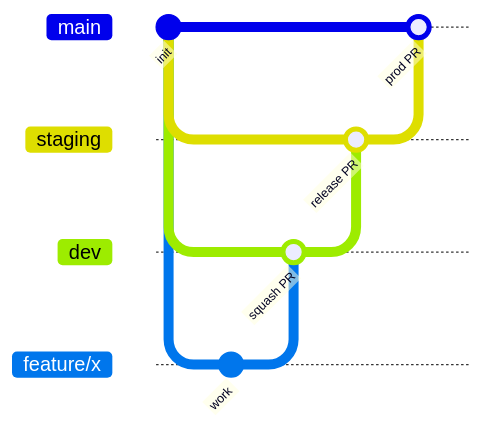
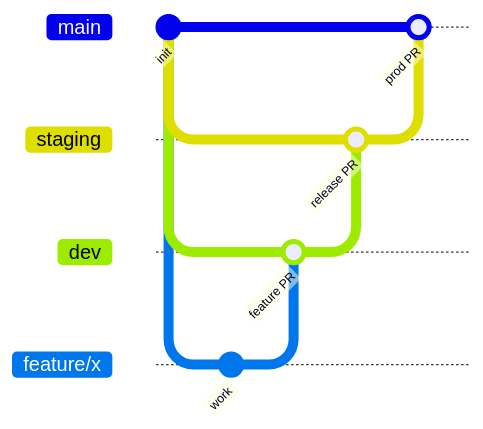
One commit to iiDaVoDkA/MLOPS-PROJECT changed the diagram in README.md. Above: the diagram before and after it, drawn with Mermaid. The commit also changed other lines of this file and 8 other files, not shown here.

````diff
--- a/README.md
+++ b/README.md
@@ -15,14 +15,14 @@
 ```mermaid
 gitGraph
   commit id: "init"
   branch staging
   branch dev
   branch feature/x
   commit id: "work"
   checkout dev
-  merge feature/x id: "squash PR"
+  merge feature/x id: "feature PR"
   checkout staging
   merge dev id: "release PR"
   checkout main
   merge staging id: "prod PR"
 ```
````
